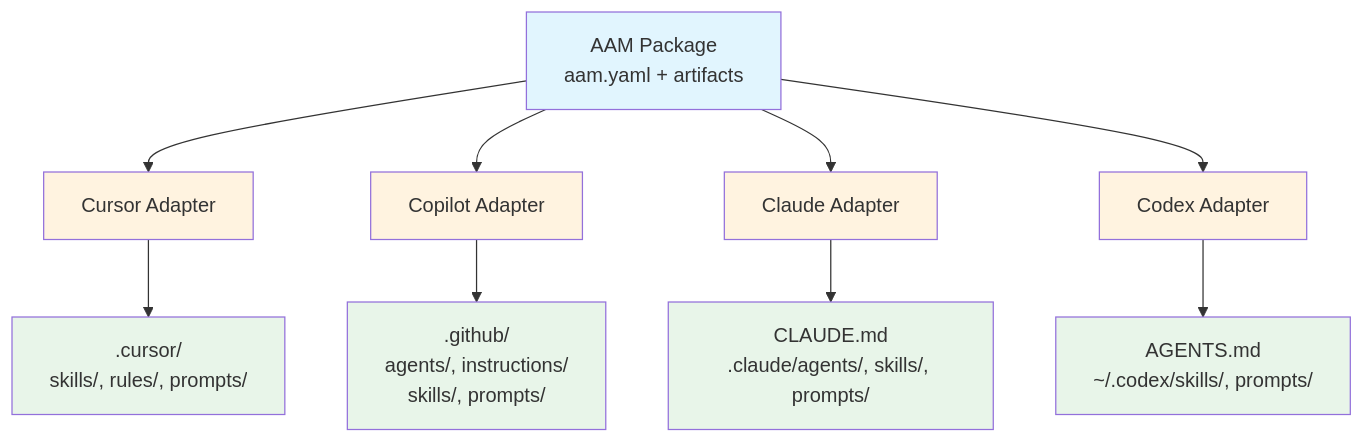
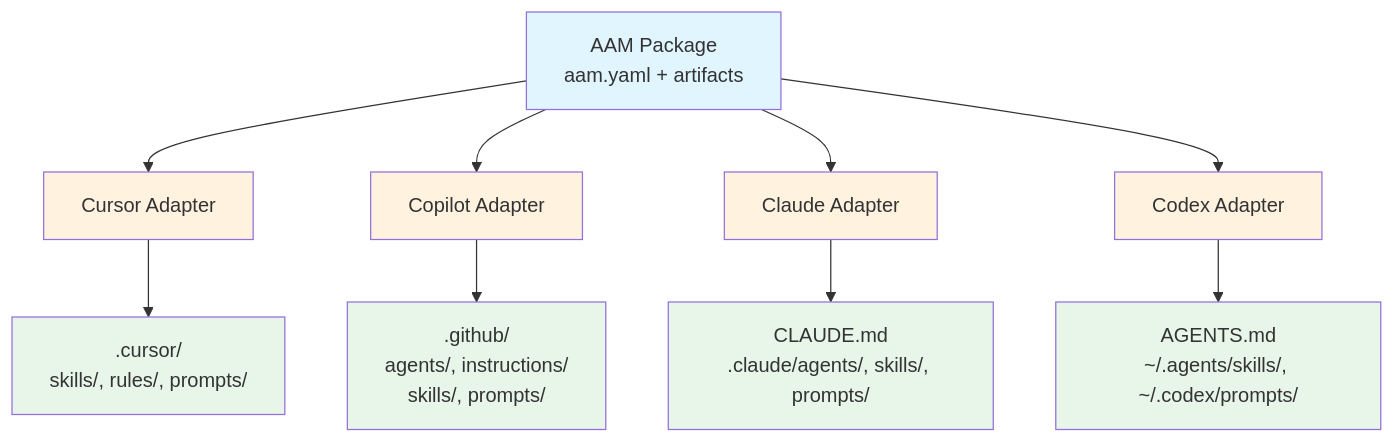
One commit to spazyCZ/agent-package-manager changed the diagram in docs/user_docs/docs/concepts/platform-adapters.md. Above: the diagram before and after it, drawn with Mermaid. The commit also changed other lines of this file and 21 other files, not shown here.

````diff
--- a/docs/user_docs/docs/concepts/platform-adapters.md
+++ b/docs/user_docs/docs/concepts/platform-adapters.md
@@ -442,24 +444,24 @@
 ```mermaid
 graph TB
     Package[AAM Package<br/>aam.yaml + artifacts]
 
     Package --> CursorAdapter[Cursor Adapter]
     Package --> CopilotAdapter[Copilot Adapter]
     Package --> ClaudeAdapter[Claude Adapter]
     Package --> CodexAdapter[Codex Adapter]
 
     CursorAdapter --> CursorDeploy[".cursor/<br/>skills/, rules/, prompts/"]
     CopilotAdapter --> CopilotDeploy[".github/<br/>agents/, instructions/<br/>skills/, prompts/"]
     ClaudeAdapter --> ClaudeDeploy["CLAUDE.md<br/>.claude/agents/, skills/, prompts/"]
-    CodexAdapter --> CodexDeploy["AGENTS.md<br/>~/.codex/skills/, prompts/"]
+    CodexAdapter --> CodexDeploy["AGENTS.md<br/>~/.agents/skills/, ~/.codex/prompts/"]
 
     style Package fill:#e1f5fe
     style CursorAdapter fill:#fff3e0
     style CopilotAdapter fill:#fff3e0
     style ClaudeAdapter fill:#fff3e0
     style CodexAdapter fill:#fff3e0
     style CursorDeploy fill:#e8f5e9
     style CopilotDeploy fill:#e8f5e9
     style ClaudeDeploy fill:#e8f5e9
     style CodexDeploy fill:#e8f5e9
 ```
````
